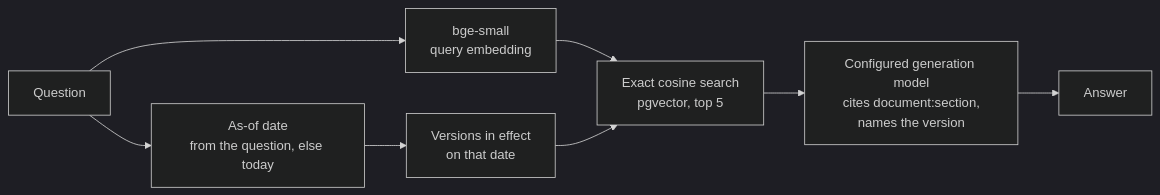
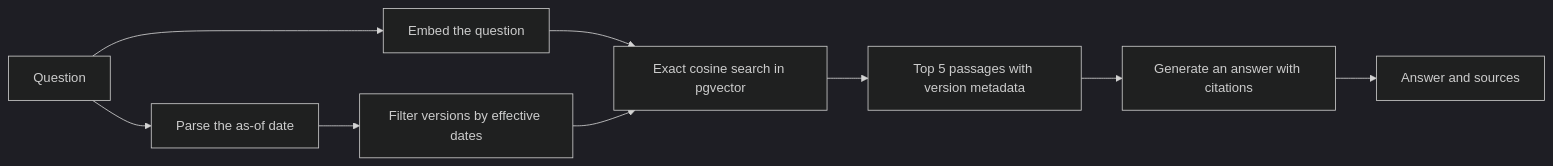
Before and after one commit to Sankew/version-aware-rag: the diagram in README.md, drawn with Mermaid (dark theme). The commit also changed other lines of this file and 1 other file, not shown here.

````diff
--- a/README.md
+++ b/README.md
@@ -9,10 +13,11 @@
 ```mermaid
 flowchart LR
-    Q[Question] --> D[As-of date<br/>from the question, else today]
-    Q --> E[bge-small<br/>query embedding]
-    D --> F[Versions in effect<br/>on that date]
-    E --> S[Exact cosine search<br/>pgvector, top 5]
+    Q[Question] --> D[Parse the as-of date]
+    Q --> E[Embed the question]
+    D --> F[Filter versions by effective dates]
+    E --> S[Exact cosine search in pgvector]
     F --> S
-    S --> G[Configured generation model<br/>cites document:section,<br/>names the version]
-    G --> A[Answer]
+    S --> C[Top 5 passages with version metadata]
+    C --> G[Generate an answer with citations]
+    G --> A[Answer and sources]
 ```
````
